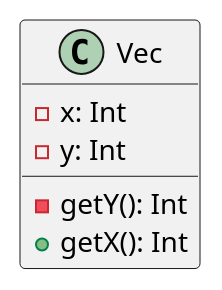
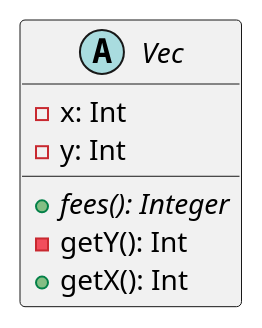
Before and after one commit to derzz/cs246-notes: the diagram in CS 246 Notes/Random Questions to Test Yourself(Answers).md, drawn with PlantUML. The commit also changed other lines of this file and 1 other file, not shown here.

````diff
--- a/CS 246 Notes/Random Questions to Test Yourself(Answers).md
+++ b/CS 246 Notes/Random Questions to Test Yourself(Answers).md
@@ -118,8 +118,9 @@
 ```plantuml
-class Vec{
+abstract class Vec{
 	-x: Int
 	-y: Int
+	+ {abstract} fees(): Integer
 	-getY(): Int
 	+getX(): Int
 }
 ```
````
